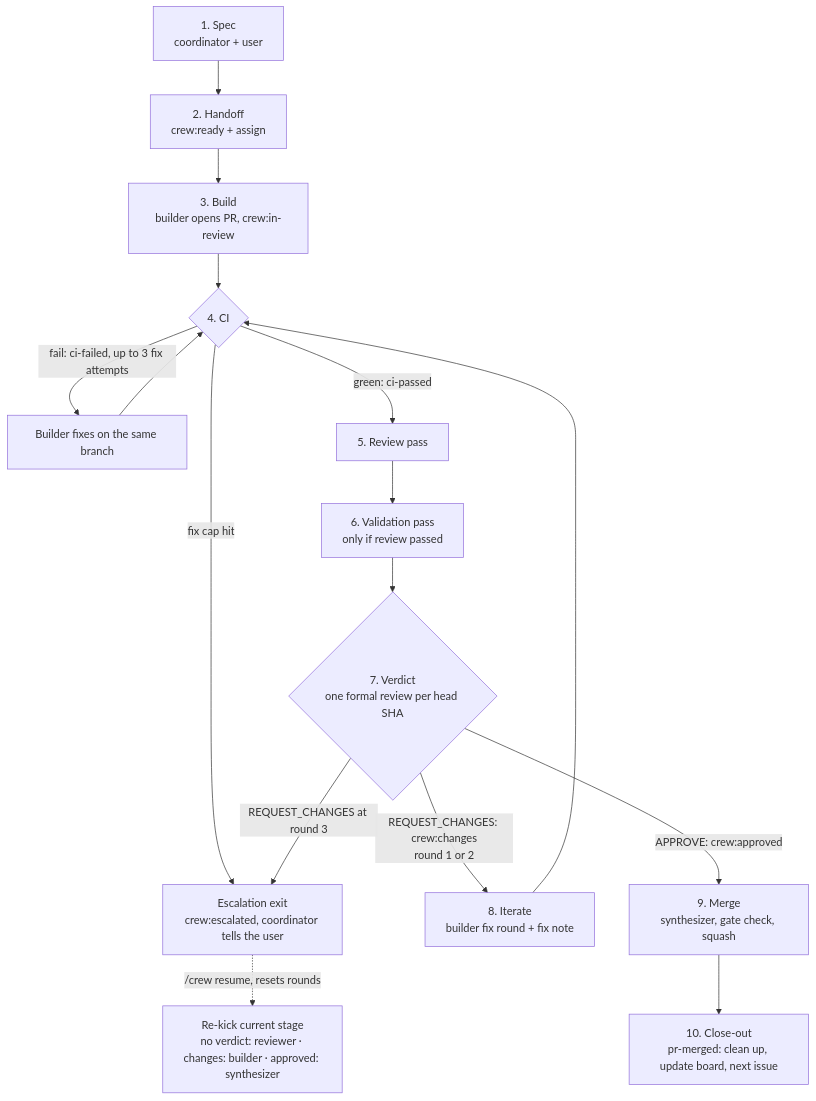
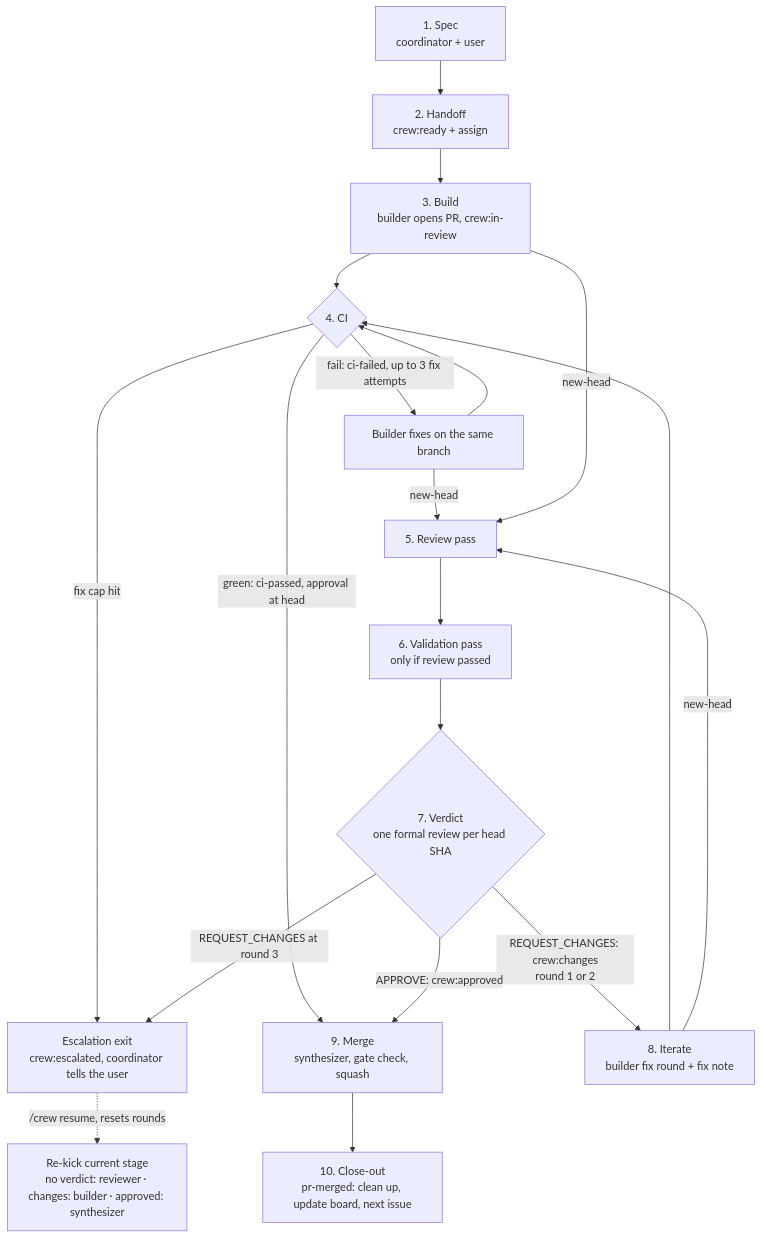
Before and after one commit to mw-ding/eng-crew: the diagram in docs/architecture.md, drawn with Mermaid. The commit also changed other lines of this file and 4 other files, not shown here.

````diff
--- a/docs/architecture.md
+++ b/docs/architecture.md
@@ -56,18 +56,21 @@
 ```mermaid
 flowchart TD
   spec["1. Spec<br/>coordinator + user"] --> handoff["2. Handoff<br/>crew:ready + assign"]
   handoff --> build["3. Build<br/>builder opens PR, crew:in-review"]
   build --> ci{"4. CI"}
   ci -- "fail: ci-failed, up to 3 fix attempts" --> cifix["Builder fixes on the same branch"]
   cifix --> ci
+  cifix -- "new-head" --> review
   ci -- "fix cap hit" --> escalate
-  ci -- "green: ci-passed" --> review["5. Review pass"]
+  build -- "new-head" --> review["5. Review pass"]
+  ci -- "green: ci-passed, approval at head" --> merge
   review --> validation["6. Validation pass<br/>only if review passed"]
   validation --> verdict{"7. Verdict<br/>one formal review per head SHA"}
   verdict -- "REQUEST_CHANGES: crew:changes<br/>round 1 or 2" --> iterate["8. Iterate<br/>builder fix round + fix note"]
   iterate --> ci
+  iterate -- "new-head" --> review
   verdict -- "REQUEST_CHANGES at round 3" --> escalate["Escalation exit<br/>crew:escalated, coordinator tells the user"]
   verdict -- "APPROVE: crew:approved" --> merge["9. Merge<br/>synthesizer, gate check, squash"]
   merge --> closeout["10. Close-out<br/>pr-merged: clean up, update board, next issue"]
   escalate -. "/crew resume, resets rounds" .-> rekick["Re-kick current stage<br/>no verdict: reviewer · changes: builder · approved: synthesizer"]
 ```
````
